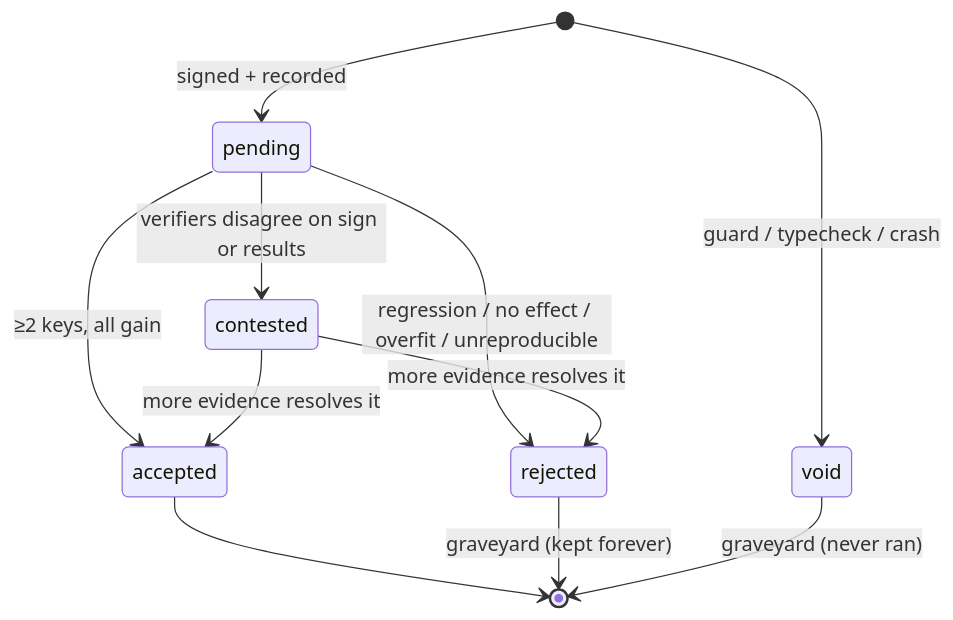
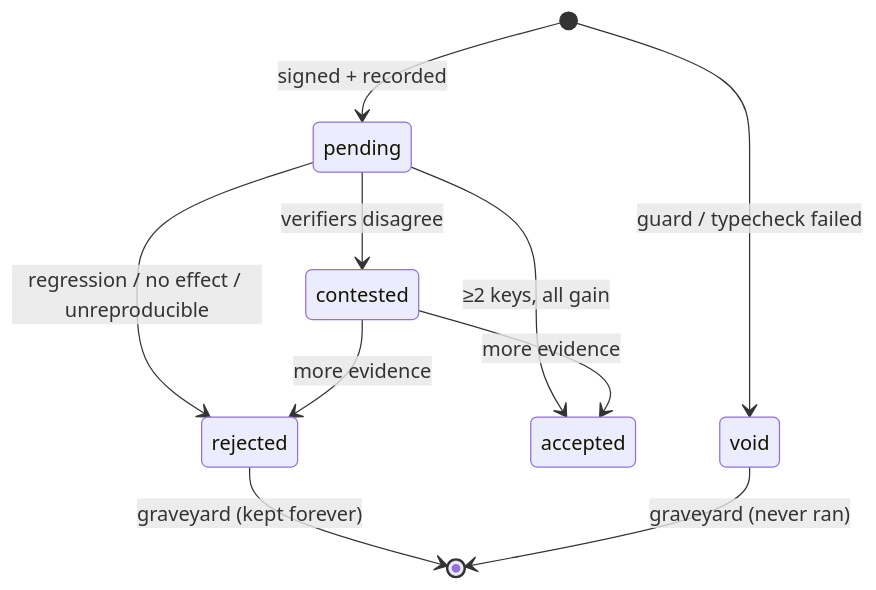
Before and after one commit to Kai-972/Hellgate: the third of 5 diagrams in docs/ARCHITECTURE.md, drawn with Mermaid. The commit also changed other lines of this file and 10 other files, not shown here.

````diff
--- a/docs/ARCHITECTURE.md
+++ b/docs/ARCHITECTURE.md
@@ -322,13 +303,12 @@
 ```mermaid
 stateDiagram-v2
-  [*] --> void: guard / typecheck / crash
+  [*] --> void: guard / typecheck failed
   [*] --> pending: signed + recorded
   pending --> accepted: ≥2 keys, all gain
-  pending --> rejected: regression / no effect / overfit / unreproducible
-  pending --> contested: verifiers disagree on sign or results
-  contested --> accepted: more evidence resolves it
-  contested --> rejected: more evidence resolves it
-  accepted --> [*]
+  pending --> rejected: regression / no effect / unreproducible
+  pending --> contested: verifiers disagree
+  contested --> accepted: more evidence
+  contested --> rejected: more evidence
   rejected --> [*]: graveyard (kept forever)
   void --> [*]: graveyard (never ran)
 ```
````
